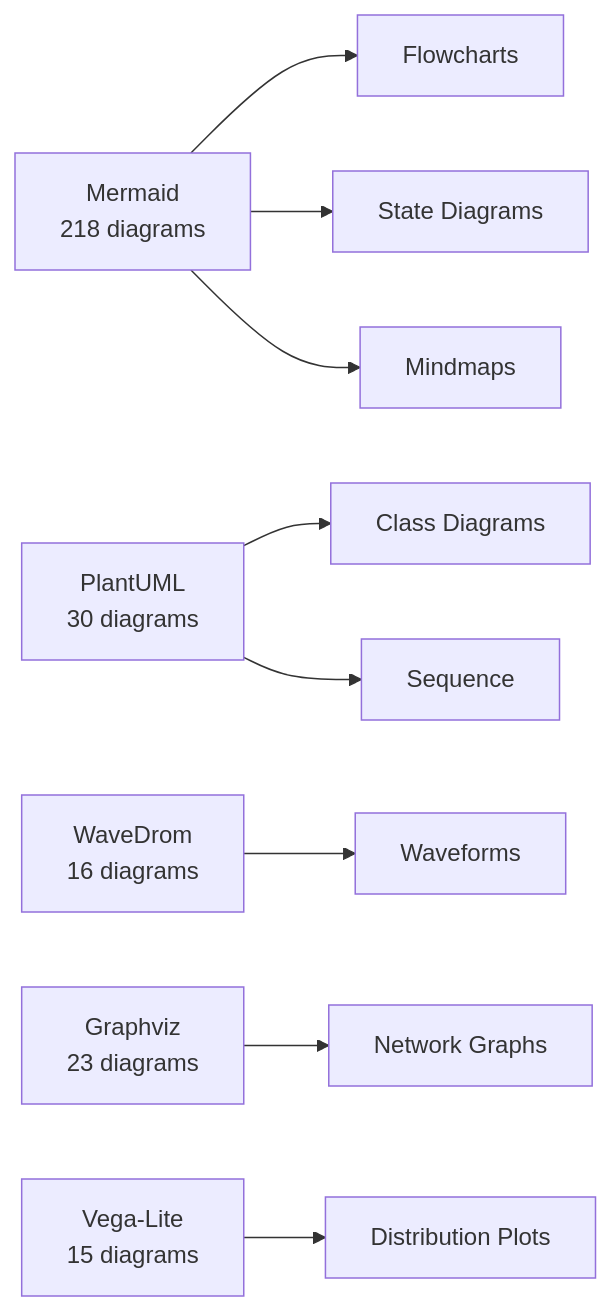
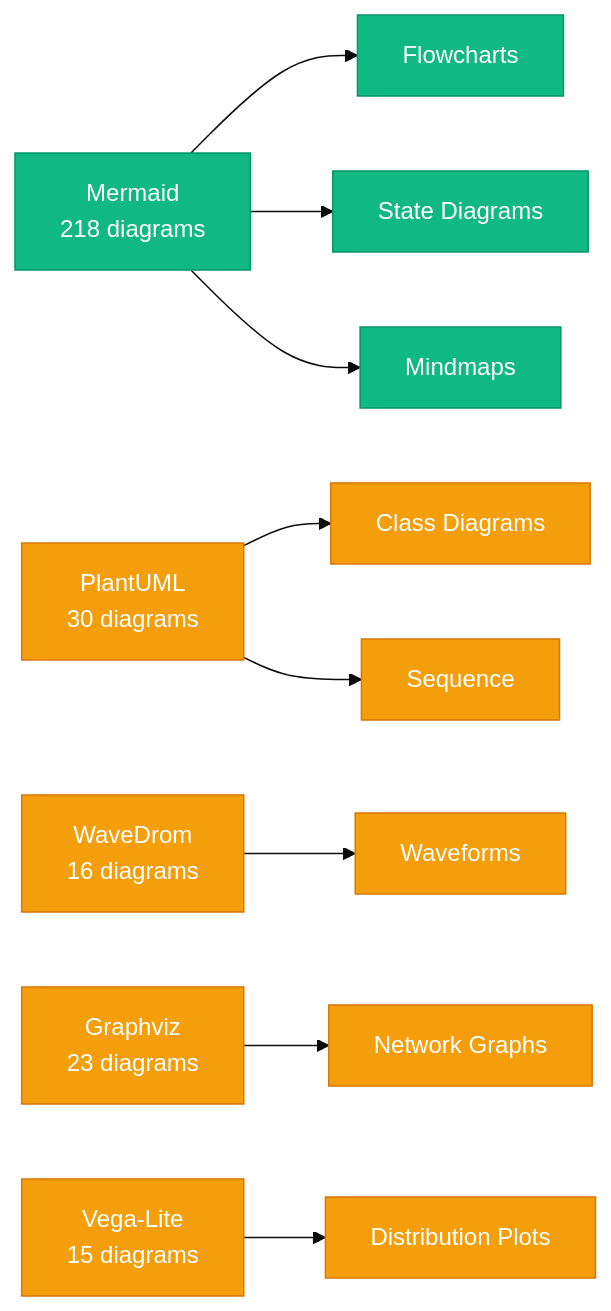
One commit to 3229218431/FeynFlow changed the fifth of 10 diagrams in README.md. Above: the diagram before and after it, drawn with Mermaid. The commit also changed other lines of this file, not shown here.

Commit message:
All 7 Mermaid charts now have proper %%{init} themeVariables + classDef colors. Dark-mode-safe saturated colors with white text. sequenceDiagram, gantt, stateDiagram all styled.

````diff
--- a/README.md
+++ b/README.md
@@ -245,11 +254,15 @@
 ```mermaid
+%%{init: {'theme':'base','themeVariables': {'primaryColor': '#3B82F6','primaryTextColor': '#fff','secondaryColor': '#F59E0B','tertiaryColor': '#10B981'}}}%%
 flowchart LR
-    M[Mermaid<br>218 diagrams] --> T1[Flowcharts]
-    M --> T2[State Diagrams]
-    M --> T3[Mindmaps]
-    P[PlantUML<br>30 diagrams] --> T4[Class Diagrams]
-    P --> T5[Sequence]
-    W[WaveDrom<br>16 diagrams] --> T6[Waveforms]
-    G[Graphviz<br>23 diagrams] --> T7[Network Graphs]
-    V[Vega-Lite<br>15 diagrams] --> T8[Distribution Plots]
+    M[Mermaid<br>218 diagrams]:::native --> T1[Flowcharts]:::native
+    M --> T2[State Diagrams]:::native
+    M --> T3[Mindmaps]:::native
+    P[PlantUML<br>30 diagrams]:::plugin --> T4[Class Diagrams]:::plugin
+    P --> T5[Sequence]:::plugin
+    W[WaveDrom<br>16 diagrams]:::plugin --> T6[Waveforms]:::plugin
+    G[Graphviz<br>23 diagrams]:::plugin --> T7[Network Graphs]:::plugin
+    V[Vega-Lite<br>15 diagrams]:::plugin --> T8[Distribution Plots]:::plugin
+    
+    classDef native fill:#10B981,stroke:#059669,color:#fff
+    classDef plugin fill:#F59E0B,stroke:#D97706,color:#fff
 ```
````
